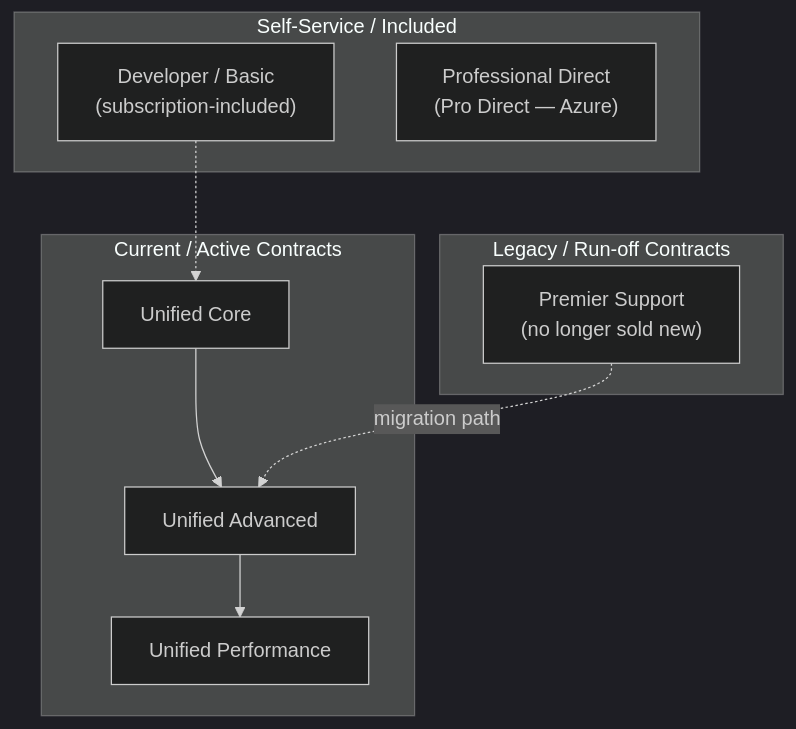
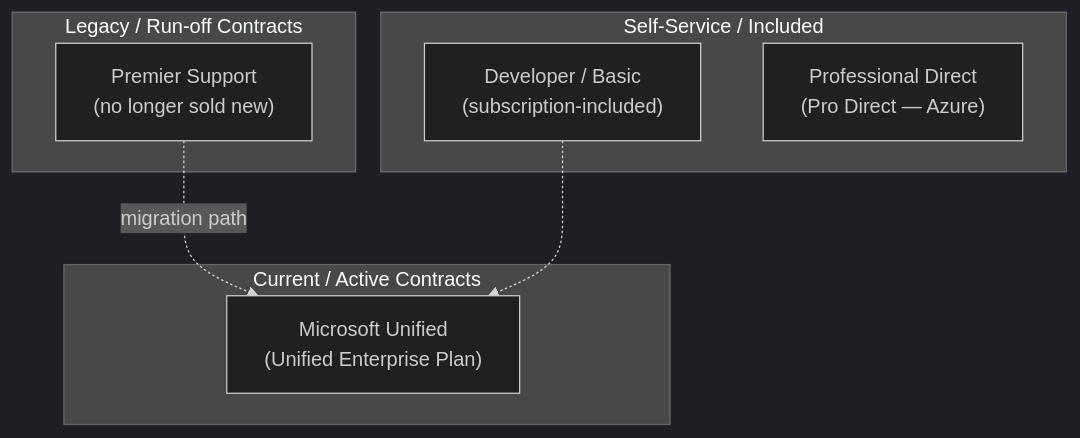
One commit to marcogrimaldi29/engage-center-notes changed the first of 2 diagrams in 03-unified-premier-contracts.md. Above: the diagram before and after it, drawn with Mermaid. The commit also changed other lines of this file and 4 other files, not shown here.

First line of the commit message:
Clarify Microsoft Unified branding and SLA guidance

````diff
--- a/03-unified-premier-contracts.md
+++ b/03-unified-premier-contracts.md
@@ -28,19 +28,16 @@
 ```mermaid
 %%{init: {"theme":"dark"}}%%
 flowchart TD
     subgraph Current["Current / Active Contracts"]
-        UC["Unified Core"]
-        UA["Unified Advanced"]
-        UP["Unified Performance"]
+        MU["Microsoft Unified\n(Unified Enterprise Plan)"]
     end
     subgraph Legacy["Legacy / Run-off Contracts"]
         PR["Premier Support\n(no longer sold new)"]
     end
     subgraph Self["Self-Service / Included"]
         DS["Developer / Basic\n(subscription-included)"]
         PRO["Professional Direct\n(Pro Direct — Azure)"]
     end
-    UC --> UA --> UP
-    PR -.->|"migration path"| UA
-    DS -.-> UC
+    PR -.->|"migration path"| MU
+    DS -.-> MU
 ```
````
